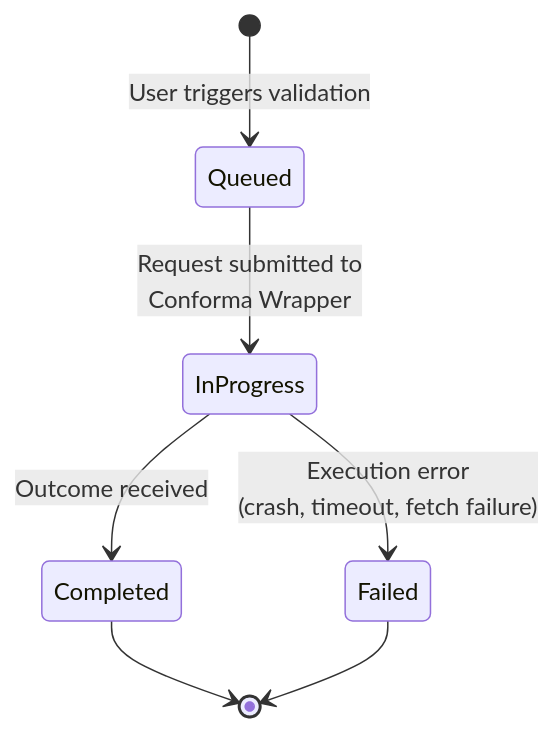
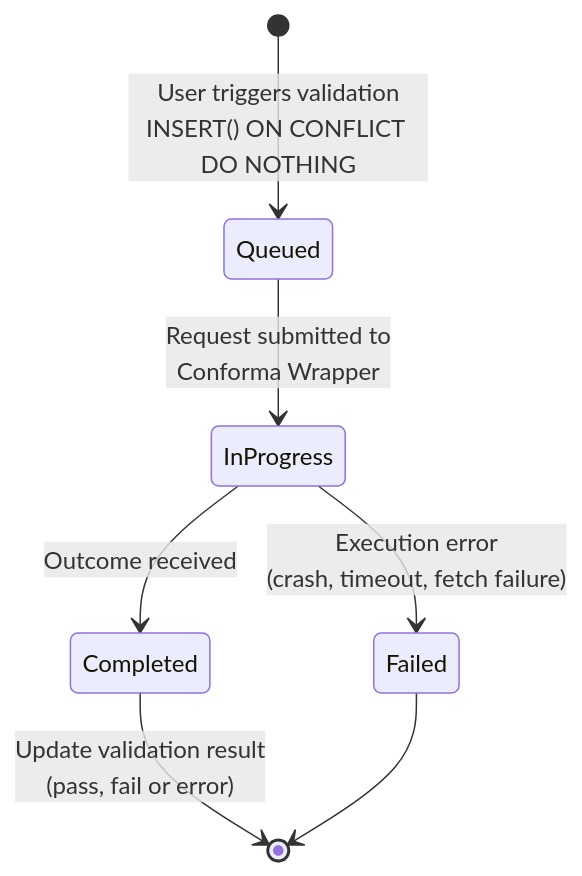
One commit to gildub/trustify changed the first of 6 diagrams in docs/adrs/00014-enterprise-contract-integration.md. Above: the diagram before and after it, drawn with Mermaid. The commit also changed other lines of this file, not shown here.

Commit message:
Validation request via insert on conflict

````diff
--- a/docs/adrs/00014-enterprise-contract-integration.md
+++ b/docs/adrs/00014-enterprise-contract-integration.md
@@ -59,9 +59,9 @@
 ```mermaid
 stateDiagram-v2
-    [*] --> Queued : User triggers validation
+    [*] --> Queued : User triggers validation<br/>INSERT() ON CONFLICT DO NOTHING
     Queued --> InProgress : Request submitted to <br/>Conforma Wrapper
     InProgress --> Completed : Outcome received
     InProgress --> Failed : Execution error<br/>(crash, timeout, fetch failure)
-    Completed --> [*]
+    Completed --> [*] : Update validation result <br/>(pass, fail or error)
     Failed --> [*]
 ```
````
